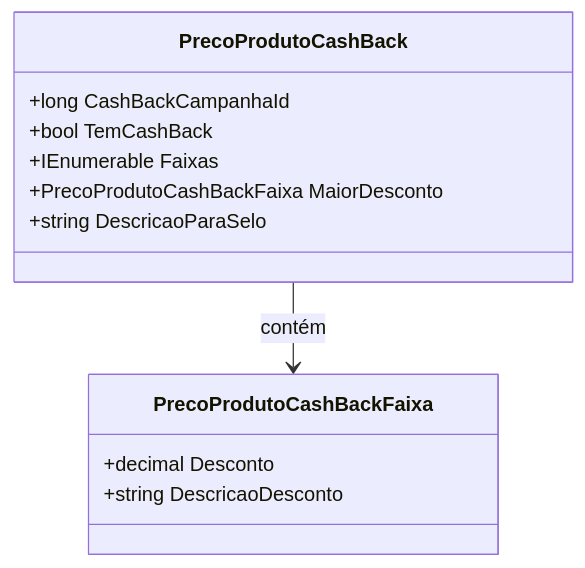
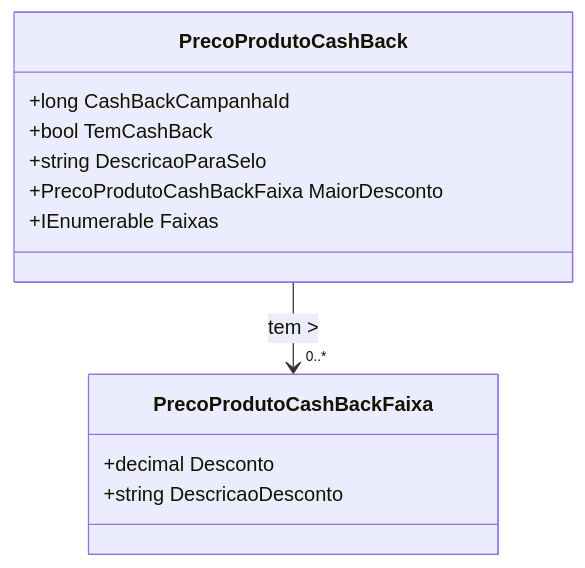
The second of 2 diagrams in docs/b2b-dominio/IsthmusWinthor.Nucleo/IsthmusWinthor.Dominio/POCO/Precos/PrecoProdutoCashBack.md (IsthmusSistemas/documentacao-tecnica), drawn with Mermaid before and after one commit. The commit also changed other lines of this file and 882 other files, not shown here.

````diff
--- a/docs/b2b-dominio/IsthmusWinthor.Nucleo/IsthmusWinthor.Dominio/POCO/Precos/PrecoProdutoCashBack.md
+++ b/docs/b2b-dominio/IsthmusWinthor.Nucleo/IsthmusWinthor.Dominio/POCO/Precos/PrecoProdutoCashBack.md
@@ -45,17 +58,17 @@
 ```mermaid
 classDiagram
     class PrecoProdutoCashBack {
         +long CashBackCampanhaId
         +bool TemCashBack
+        +string DescricaoParaSelo
+        +PrecoProdutoCashBackFaixa MaiorDesconto
         +IEnumerable<PrecoProdutoCashBackFaixa> Faixas
-        +PrecoProdutoCashBackFaixa MaiorDesconto
-        +string DescricaoParaSelo
     }
-
+    
     class PrecoProdutoCashBackFaixa {
         +decimal Desconto
         +string DescricaoDesconto
     }
-
-    PrecoProdutoCashBack --> PrecoProdutoCashBackFaixa : contém
+    
+    PrecoProdutoCashBack --> "0..*" PrecoProdutoCashBackFaixa : tem >
 ```
````
